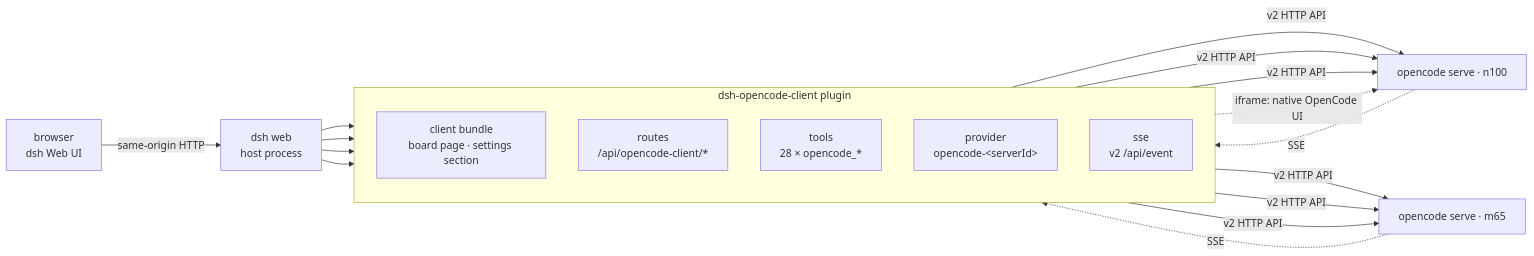
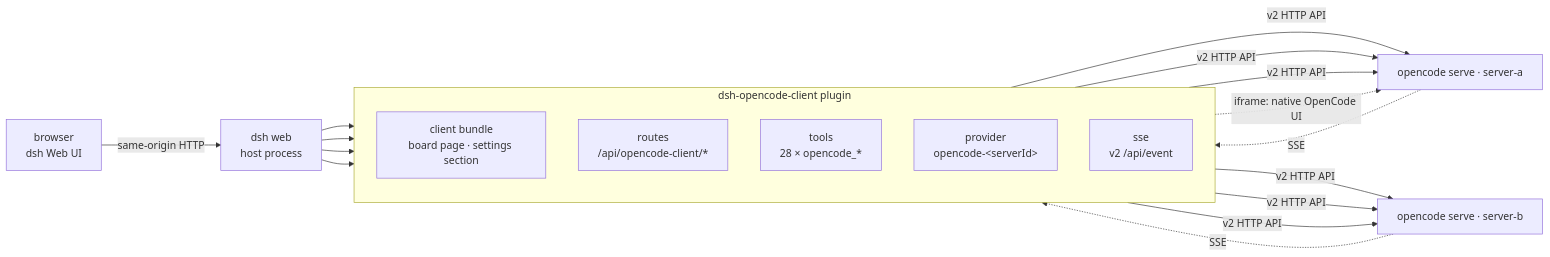
Before and after one commit to yhuan416/dsh-opencode-client: the diagram in README.md, drawn with Mermaid. The commit also changed other lines of this file and 30 other files, not shown here.

````diff
--- a/README.md
+++ b/README.md
@@ -111,29 +111,29 @@
 ```mermaid
 flowchart LR
     BROWSER["browser<br/>dsh Web UI"] -->|"same-origin HTTP"| DSH["dsh web<br/>host process"]
 
     subgraph PLUGIN["dsh-opencode-client plugin"]
         direction TB
         CLIENT["client bundle<br/>board page · settings section"]
         ROUTES["routes<br/>/api/opencode-client/*"]
         TOOLS["tools<br/>28 × opencode_*"]
         PROVIDER["provider<br/>opencode-&lt;serverId&gt;"]
         SSE["sse<br/>v2 /api/event"]
     end
 
     DSH --> CLIENT
     DSH --> ROUTES
     DSH --> TOOLS
     DSH --> PROVIDER
 
-    ROUTES -->|"v2 HTTP API"| N100["opencode serve · n100"]
-    TOOLS -->|"v2 HTTP API"| N100
-    PROVIDER -->|"v2 HTTP API"| N100
-    ROUTES -->|"v2 HTTP API"| M65["opencode serve · m65"]
-    TOOLS -->|"v2 HTTP API"| M65
-    PROVIDER -->|"v2 HTTP API"| M65
+    ROUTES -->|"v2 HTTP API"| SERVER_A["opencode serve · server-a"]
+    TOOLS -->|"v2 HTTP API"| SERVER_A
+    PROVIDER -->|"v2 HTTP API"| SERVER_A
+    ROUTES -->|"v2 HTTP API"| SERVER_B["opencode serve · server-b"]
+    TOOLS -->|"v2 HTTP API"| SERVER_B
+    PROVIDER -->|"v2 HTTP API"| SERVER_B
 
-    N100 -.->|"SSE"| SSE
-    M65 -.->|"SSE"| SSE
-    CLIENT -.->|"iframe: native OpenCode UI"| N100
+    SERVER_A -.->|"SSE"| SSE
+    SERVER_B -.->|"SSE"| SSE
+    CLIENT -.->|"iframe: native OpenCode UI"| SERVER_A
 ```
````
